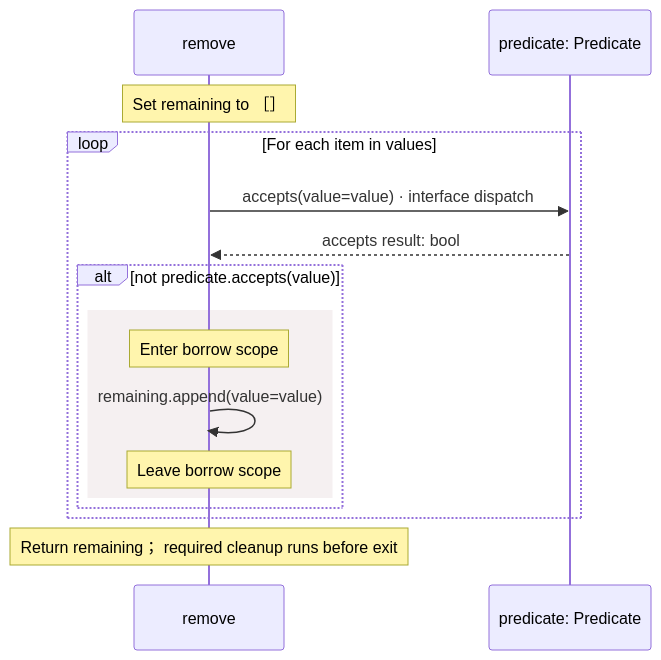
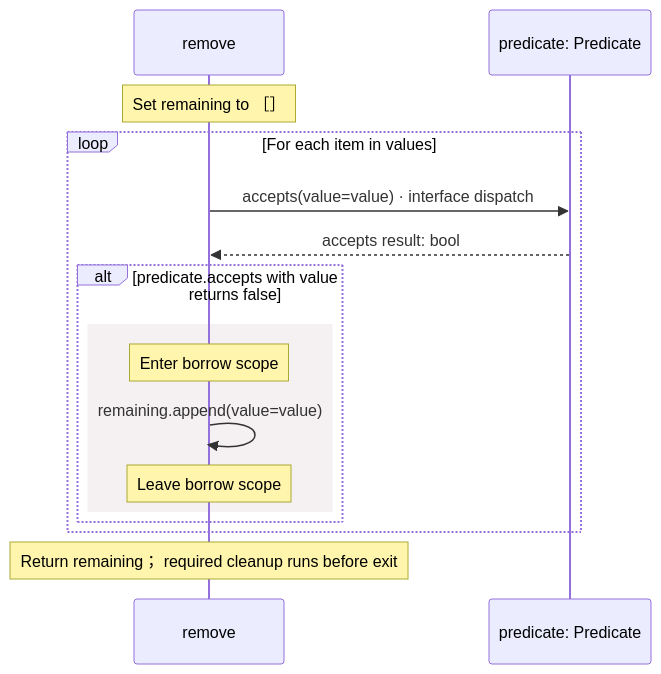
One commit to GreenPandaStudios/augscript changed diagram 14 of 21 in src/stdlib/collections/operations.aug.diagrams.md. Above: the diagram before and after it, drawn with Mermaid. The commit also changed other lines of this file and 658 other files, not shown here.

````diff
--- a/src/stdlib/collections/operations.aug.diagrams.md
+++ b/src/stdlib/collections/operations.aug.diagrams.md
@@ -208,18 +243,18 @@
 ```mermaid
 sequenceDiagram
     participant p0 as remove
     participant p1 as predicate: Predicate
     Note over p0: Set remaining to ［］
     loop For each item in values
     p0->>p1: accepts(value=value) · interface dispatch
     p1-->>p0: accepts result: bool
-    alt not predicate.accepts(value)
+    alt predicate.accepts with value returns false
     rect rgb(245, 240, 241)
     Note over p0: Enter borrow scope
     p0->>p0: remaining.append(value=value)
     Note over p0: Leave borrow scope
     end
     end
     end
     Note over p0: Return remaining； required cleanup runs before exit
 ```
````
